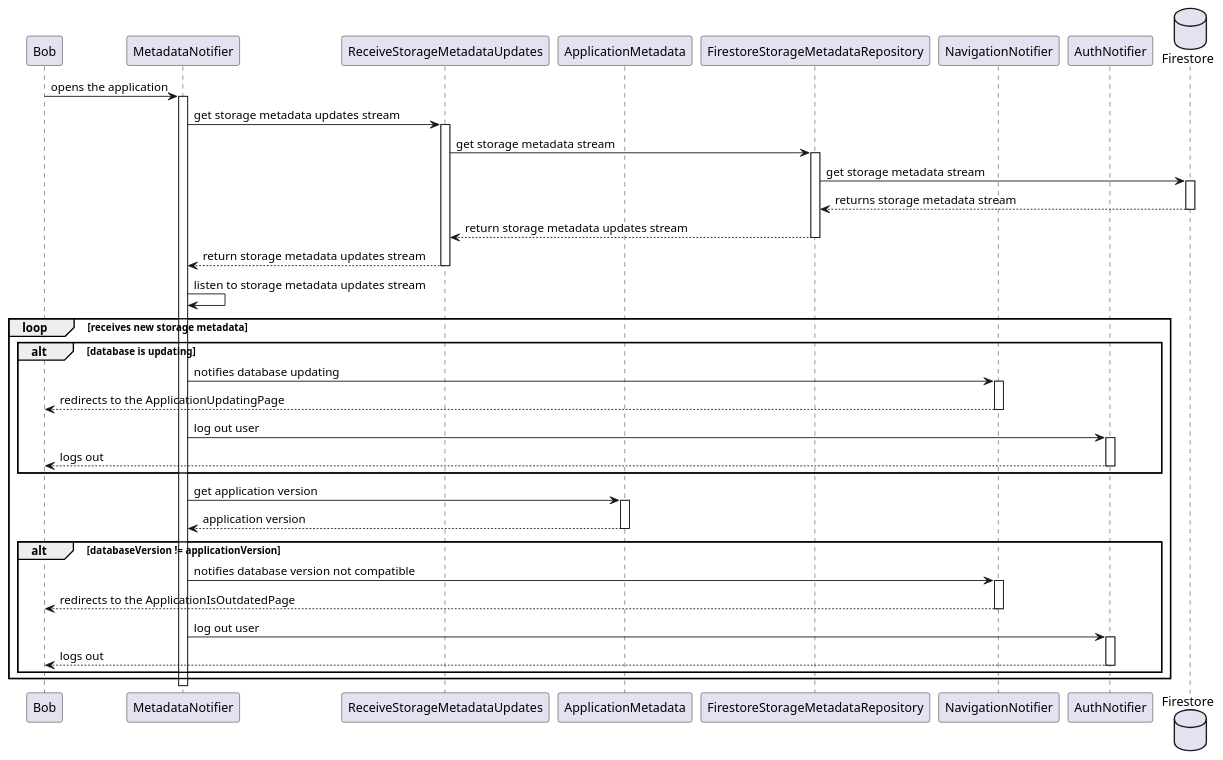
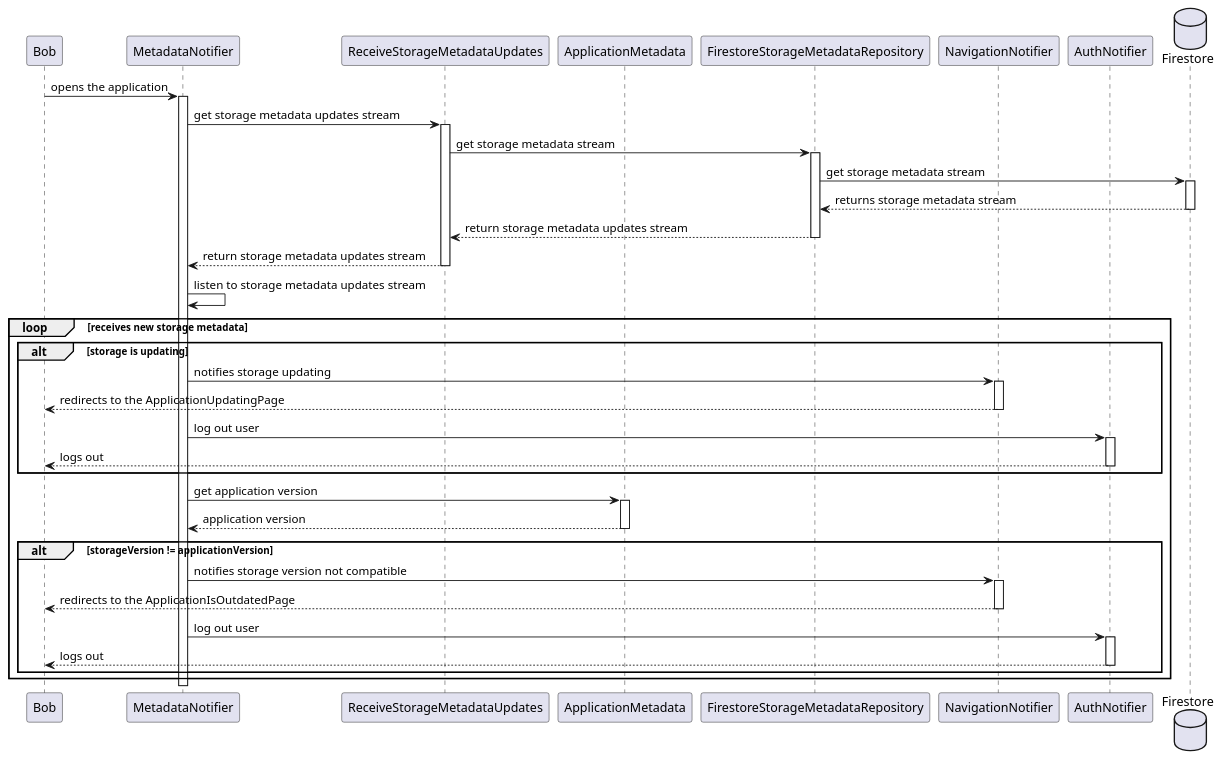
One commit to Flank/flank-dashboard changed the diagram in metrics/web/docs/features/supported_database_version/diagrams/metadata_sequence_diagram.puml. Above: the diagram before and after it, drawn with PlantUML. The commit also changed 5 other files, not shown here.

Commit message:
Fix web docs and diagrams contents

```diff
--- a/metrics/web/docs/features/supported_database_version/diagrams/metadata_sequence_diagram.puml
+++ b/metrics/web/docs/features/supported_database_version/diagrams/metadata_sequence_diagram.puml
@@ -1,80 +1,80 @@
 @startuml metadata_sequence_diagram
 
 
 participant Bob
 
 participant MetadataNotifier
 
 participant ReceiveStorageMetadataUpdates
 
 participant ApplicationMetadata
 
 participant FirestoreStorageMetadataRepository
 
 participant NavigationNotifier
 
 participant AuthNotifier
 
 
 database Firestore
 
 
 Bob -> MetadataNotifier : opens the application
 activate MetadataNotifier
 
 MetadataNotifier -> ReceiveStorageMetadataUpdates : get storage metadata updates stream
 activate ReceiveStorageMetadataUpdates
 ReceiveStorageMetadataUpdates -> FirestoreStorageMetadataRepository : get storage metadata stream
 activate FirestoreStorageMetadataRepository
 FirestoreStorageMetadataRepository -> Firestore : get storage metadata stream
 activate Firestore
 Firestore --> FirestoreStorageMetadataRepository : returns storage metadata stream
 deactivate Firestore
 FirestoreStorageMetadataRepository --> ReceiveStorageMetadataUpdates : return storage metadata updates stream
 deactivate FirestoreStorageMetadataRepository
 ReceiveStorageMetadataUpdates --> MetadataNotifier : return storage metadata updates stream
 deactivate ReceiveStorageMetadataUpdates
 
 MetadataNotifier -> MetadataNotifier : listen to storage metadata updates stream
 
 loop receives new storage metadata
 
-    alt database is updating
+    alt storage is updating
 
-        MetadataNotifier -> NavigationNotifier : notifies database updating
+        MetadataNotifier -> NavigationNotifier : notifies storage updating
         activate NavigationNotifier
         NavigationNotifier --> Bob : redirects to the ApplicationUpdatingPage
         deactivate NavigationNotifier
         MetadataNotifier -> AuthNotifier : log out user
         activate AuthNotifier
         AuthNotifier --> Bob : logs out
         deactivate AuthNotifier
 
 
     end
 
     MetadataNotifier -> ApplicationMetadata : get application version
     activate ApplicationMetadata
 
     ApplicationMetadata --> MetadataNotifier : application version
     deactivate ApplicationMetadata
 
 
-    alt databaseVersion != applicationVersion
+    alt storageVersion != applicationVersion
 
-        MetadataNotifier -> NavigationNotifier : notifies database version not compatible
+        MetadataNotifier -> NavigationNotifier : notifies storage version not compatible
         activate NavigationNotifier
         NavigationNotifier --> Bob : redirects to the ApplicationIsOutdatedPage
         deactivate NavigationNotifier
         MetadataNotifier -> AuthNotifier : log out user
         activate AuthNotifier
         AuthNotifier --> Bob : logs out
         deactivate AuthNotifier
 
 
     end
 
 end
 
 
 @enduml
```
